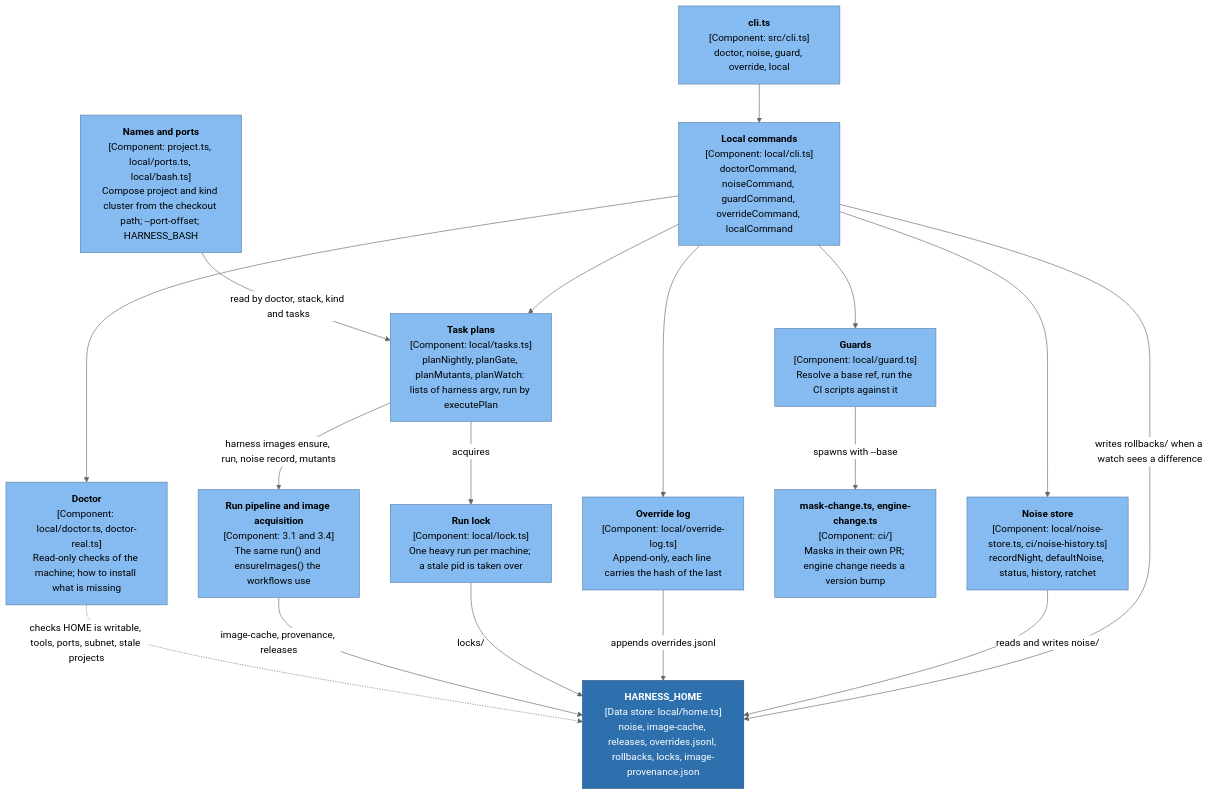
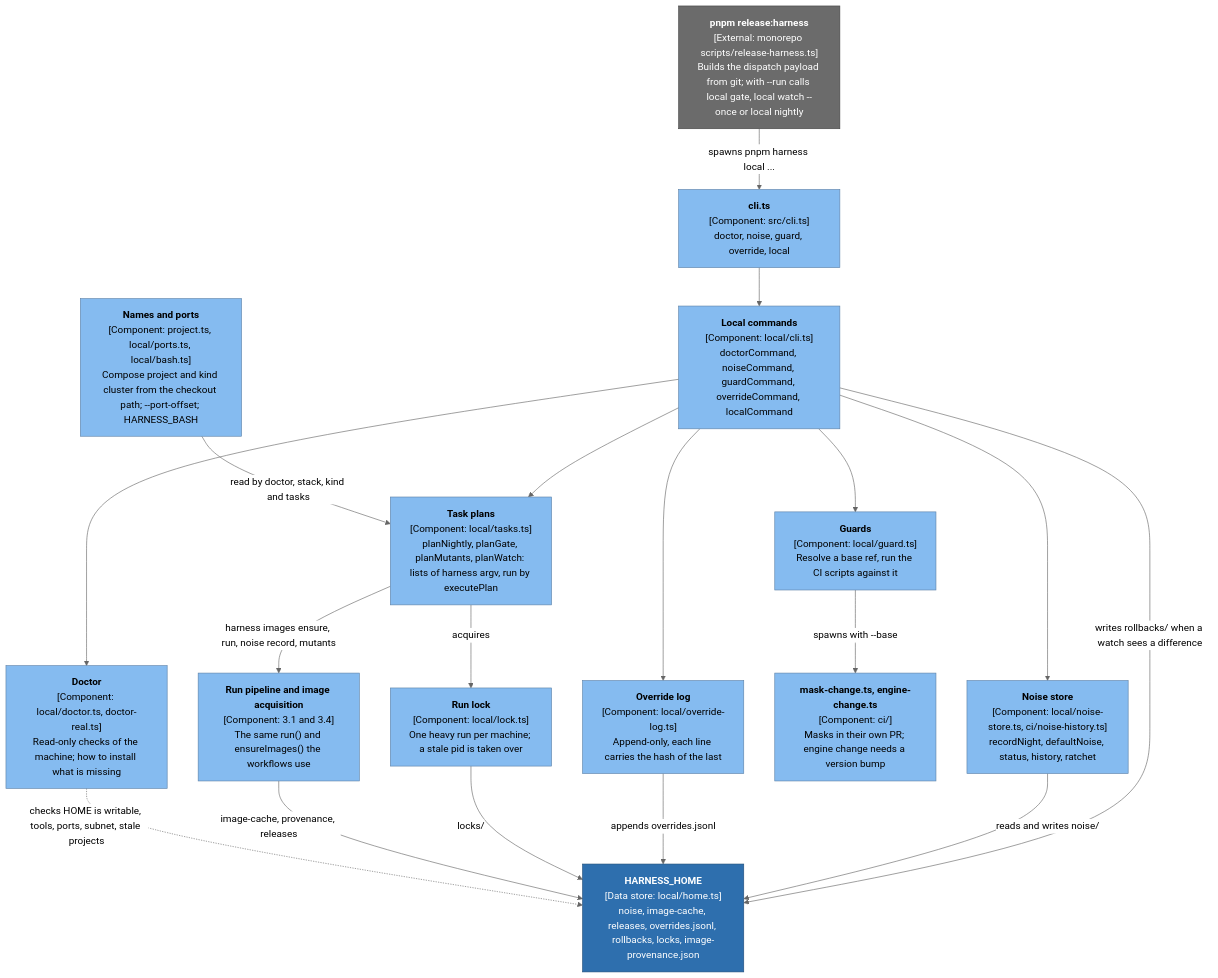
The fifth of 5 diagrams in docs/architecture/03-components-pipeline.md (tutors-sdk/tutors-release-harness), drawn with Mermaid (neutral theme) before and after one commit. The commit also changed other lines of this file and 6 other files, not shown here.

Commit message:
Architecture docs: reflect the merged monorepo work (deploy.yml, promotion, local trigger) and record doc drift

````diff
--- a/docs/architecture/03-components-pipeline.md
+++ b/docs/architecture/03-components-pipeline.md
@@ -322,35 +322,38 @@
 ```mermaid
 flowchart TB
   clits["<b>cli.ts</b><br/>[Component: src/cli.ts]<br/>doctor, noise, guard, override, local"]:::component
   lcli["<b>Local commands</b><br/>[Component: local/cli.ts]<br/>doctorCommand, noiseCommand, guardCommand, overrideCommand, localCommand"]:::component
   doctor["<b>Doctor</b><br/>[Component: local/doctor.ts, doctor-real.ts]<br/>Read-only checks of the machine; how to install what is missing"]:::component
   tasks["<b>Task plans</b><br/>[Component: local/tasks.ts]<br/>planNightly, planGate, planMutants, planWatch: lists of harness argv, run by executePlan"]:::component
   lock["<b>Run lock</b><br/>[Component: local/lock.ts]<br/>One heavy run per machine; a stale pid is taken over"]:::component
   nstore["<b>Noise store</b><br/>[Component: local/noise-store.ts, ci/noise-history.ts]<br/>recordNight, defaultNoise, status, history, ratchet"]:::component
   olog["<b>Override log</b><br/>[Component: local/override-log.ts]<br/>Append-only, each line carries the hash of the last"]:::component
   guard["<b>Guards</b><br/>[Component: local/guard.ts]<br/>Resolve a base ref, run the CI scripts against it"]:::component
   masks["<b>mask-change.ts, engine-change.ts</b><br/>[Component: ci/]<br/>Masks in their own PR; engine change needs a version bump"]:::component
   naming["<b>Names and ports</b><br/>[Component: project.ts, local/ports.ts, local/bash.ts]<br/>Compose project and kind cluster from the checkout path; --port-offset; HARNESS_BASH"]:::component
   home["<b>HARNESS_HOME</b><br/>[Data store: local/home.ts]<br/>noise, image-cache, releases, overrides.jsonl, rollbacks, locks, image-provenance.json"]:::store
+  rh["<b>pnpm release:harness</b><br/>[External: monorepo scripts/release-harness.ts]<br/>Builds the dispatch payload from git; with --run calls local gate, local watch --once or local nightly"]:::ext
   core["<b>Run pipeline and image acquisition</b><br/>[Component: 3.1 and 3.4]<br/>The same run() and ensureImages() the workflows use"]:::component
 
   clits --> lcli
+  rh -->|"spawns pnpm harness local ..."| clits
   lcli --> doctor
   lcli --> tasks
   lcli --> nstore
   lcli --> olog
   lcli --> guard
   guard -->|"spawns with --base"| masks
   tasks -->|"acquires"| lock
   tasks -->|"harness images ensure, run, noise record, mutants"| core
   lcli -->|"writes rollbacks/ when a watch sees a difference"| home
   naming -->|"read by doctor, stack, kind and tasks"| tasks
   nstore -->|"reads and writes noise/"| home
   olog -->|"appends overrides.jsonl"| home
   lock -->|"locks/"| home
   core -->|"image-cache, provenance, releases"| home
   doctor -.->|"checks HOME is writable, tools, ports, subnet, stale projects"| home
 
   classDef component fill:#85bbf0,stroke:#5d82a8,color:#000000
   classDef store fill:#2e6fae,stroke:#1f4d7a,color:#ffffff
+  classDef ext fill:#6b6b6b,stroke:#444444,color:#ffffff
 ```
````
